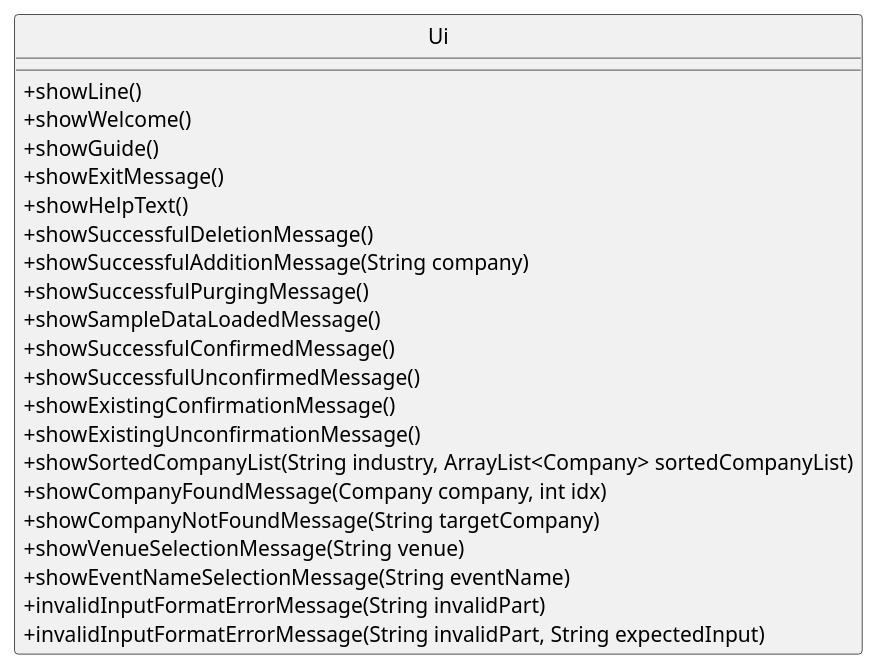
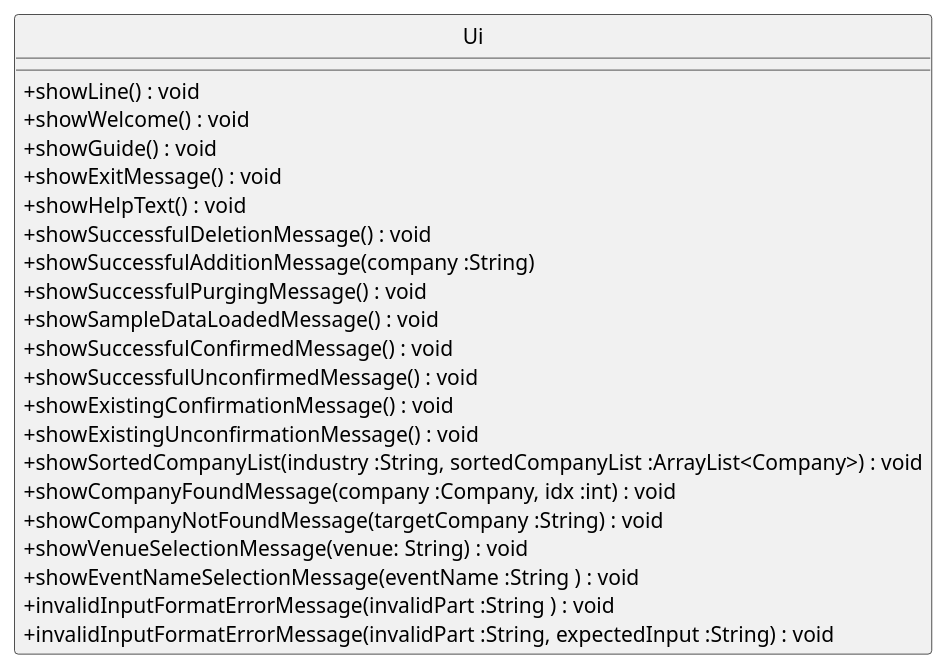
Before and after one commit to nus-cs2113-AY2223S2/tp: the diagram in docs/UML/Ui_class.puml, drawn with PlantUML.

Commit message:
Update errors in method

```diff
--- a/docs/UML/Ui_class.puml
+++ b/docs/UML/Ui_class.puml
@@ -1,32 +1,32 @@
 @startuml
 'https://plantuml.com/class-diagram
 
 hide circle
 skinparam classAttributeIconSize 0
 
 
 class Ui {
-+showLine()
-+showWelcome()
-+showGuide()
-+showExitMessage()
-+showHelpText()
-+showSuccessfulDeletionMessage()
-+showSuccessfulAdditionMessage(String company)
-+showSuccessfulPurgingMessage()
-+showSampleDataLoadedMessage()
-+showSuccessfulConfirmedMessage()
-+showSuccessfulUnconfirmedMessage()
-+showExistingConfirmationMessage()
-+showExistingUnconfirmationMessage()
-+showSortedCompanyList(String industry, ArrayList<Company> sortedCompanyList)
-+showCompanyFoundMessage(Company company, int idx)
-+showCompanyNotFoundMessage(String targetCompany)
-+showVenueSelectionMessage(String venue)
-+showEventNameSelectionMessage(String eventName)
-+invalidInputFormatErrorMessage(String invalidPart)
-+invalidInputFormatErrorMessage(String invalidPart, String expectedInput)
++showLine() : void
++showWelcome() : void
++showGuide() : void
++showExitMessage() : void
++showHelpText() : void
++showSuccessfulDeletionMessage() : void
++showSuccessfulAdditionMessage(company :String)
++showSuccessfulPurgingMessage() : void
++showSampleDataLoadedMessage() : void
++showSuccessfulConfirmedMessage() : void
++showSuccessfulUnconfirmedMessage() : void
++showExistingConfirmationMessage() : void
++showExistingUnconfirmationMessage() : void
++showSortedCompanyList(industry :String, sortedCompanyList :ArrayList<Company>) : void
++showCompanyFoundMessage(company :Company, idx :int) : void
++showCompanyNotFoundMessage(targetCompany :String) : void
++showVenueSelectionMessage(venue: String) : void
++showEventNameSelectionMessage(eventName :String ) : void
++invalidInputFormatErrorMessage(invalidPart :String ) : void
++invalidInputFormatErrorMessage(invalidPart :String, expectedInput :String) : void
 }
 
 
 @enduml
```
